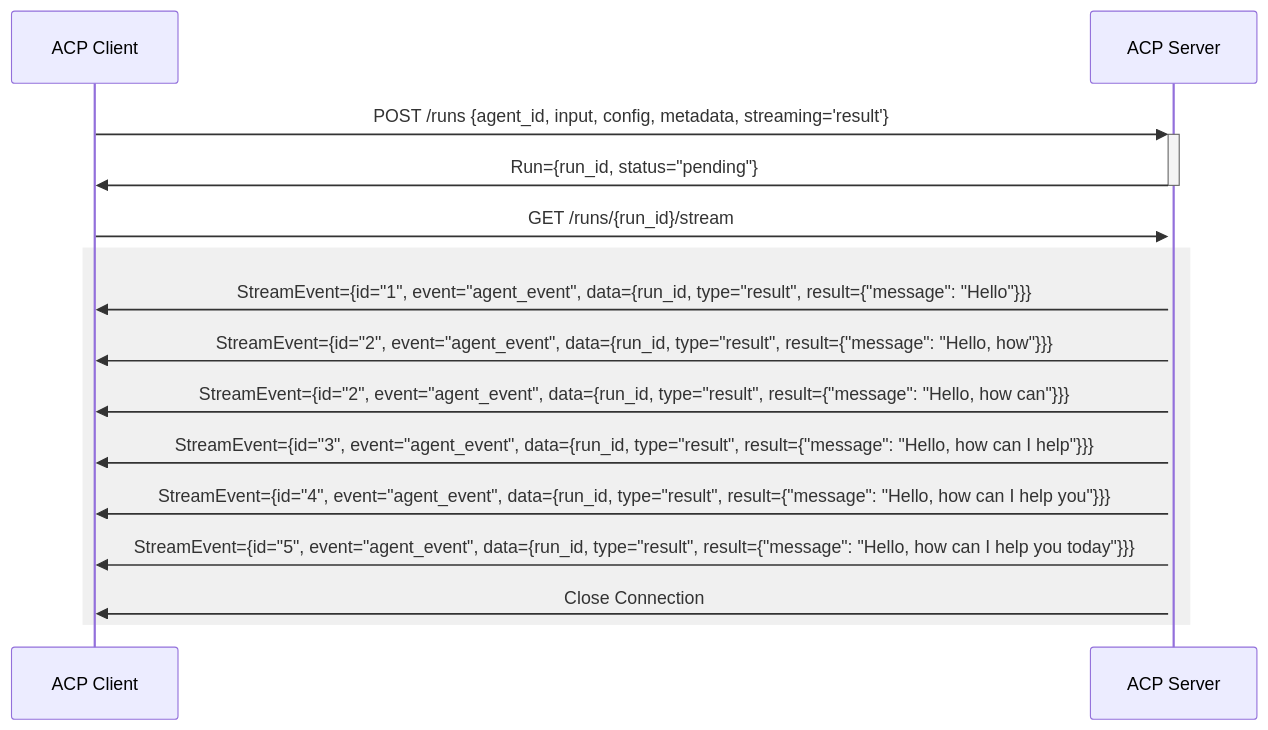
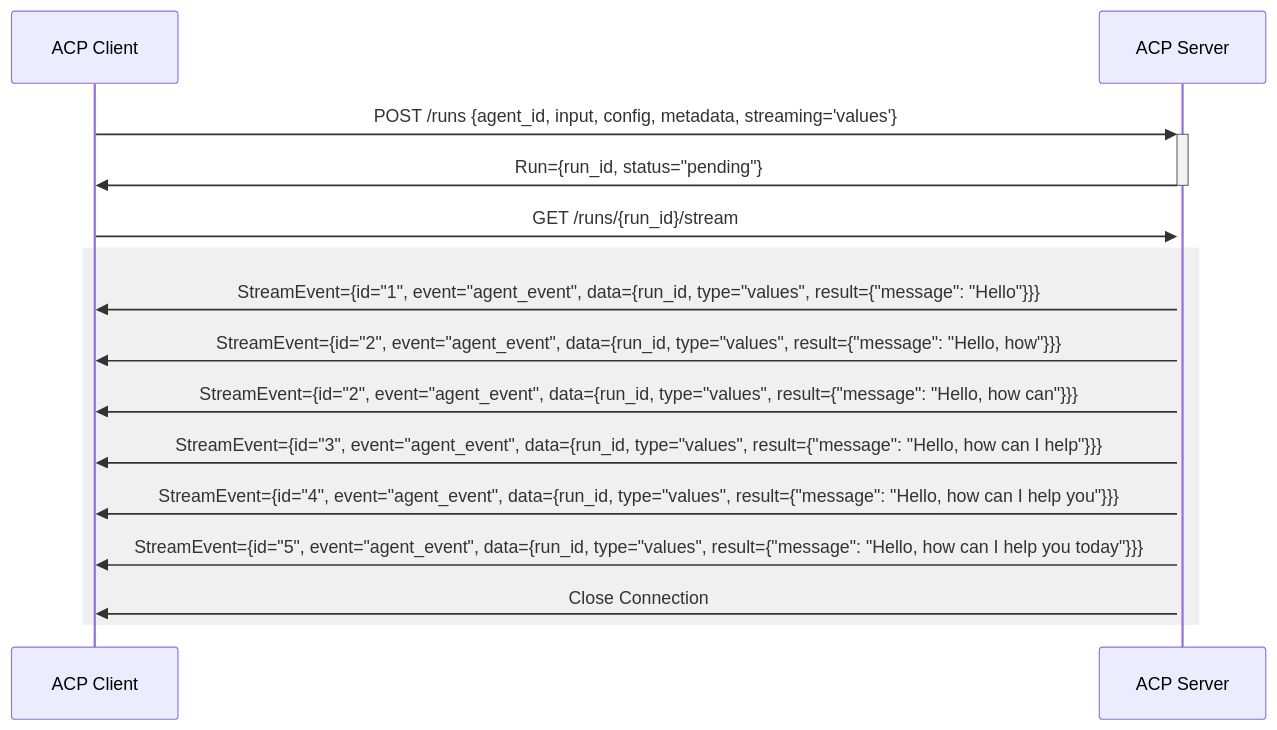
Before and after one commit to agntcy/acp-spec: the ninth of 9 diagrams in docs/README.md, drawn with Mermaid. The commit also changed other lines of this file and 1 other file, not shown here.

Commit message:
fix!: changing streaming mode from result to values

````diff
--- a/docs/README.md
+++ b/docs/README.md
@@ -232,17 +232,17 @@
 ```mermaid
 sequenceDiagram
     participant C as ACP Client
     participant S as ACP Server
-    C->>+S: POST /runs {agent_id, input, config, metadata, streaming='result'}
+    C->>+S: POST /runs {agent_id, input, config, metadata, streaming='values'}
     S->>-C: Run={run_id, status="pending"}
     C->>+S: GET /runs/{run_id}/stream 
     rect rgb(240,240,240)
-    S->>C: StreamEvent={id="1", event="agent_event", data={run_id, type="result", result={"message": "Hello"}}}
-    S->>C: StreamEvent={id="2", event="agent_event", data={run_id, type="result", result={"message": "Hello, how"}}}
-    S->>C: StreamEvent={id="2", event="agent_event", data={run_id, type="result", result={"message": "Hello, how can"}}}
-    S->>C: StreamEvent={id="3", event="agent_event", data={run_id, type="result", result={"message": "Hello, how can I help"}}}
-    S->>C: StreamEvent={id="4", event="agent_event", data={run_id, type="result", result={"message": "Hello, how can I help you"}}}
-    S->>C: StreamEvent={id="5", event="agent_event", data={run_id, type="result", result={"message": "Hello, how can I help you today"}}}
+    S->>C: StreamEvent={id="1", event="agent_event", data={run_id, type="values", result={"message": "Hello"}}}
+    S->>C: StreamEvent={id="2", event="agent_event", data={run_id, type="values", result={"message": "Hello, how"}}}
+    S->>C: StreamEvent={id="2", event="agent_event", data={run_id, type="values", result={"message": "Hello, how can"}}}
+    S->>C: StreamEvent={id="3", event="agent_event", data={run_id, type="values", result={"message": "Hello, how can I help"}}}
+    S->>C: StreamEvent={id="4", event="agent_event", data={run_id, type="values", result={"message": "Hello, how can I help you"}}}
+    S->>C: StreamEvent={id="5", event="agent_event", data={run_id, type="values", result={"message": "Hello, how can I help you today"}}}
     S->>C: Close Connection
     end
 ```
````
